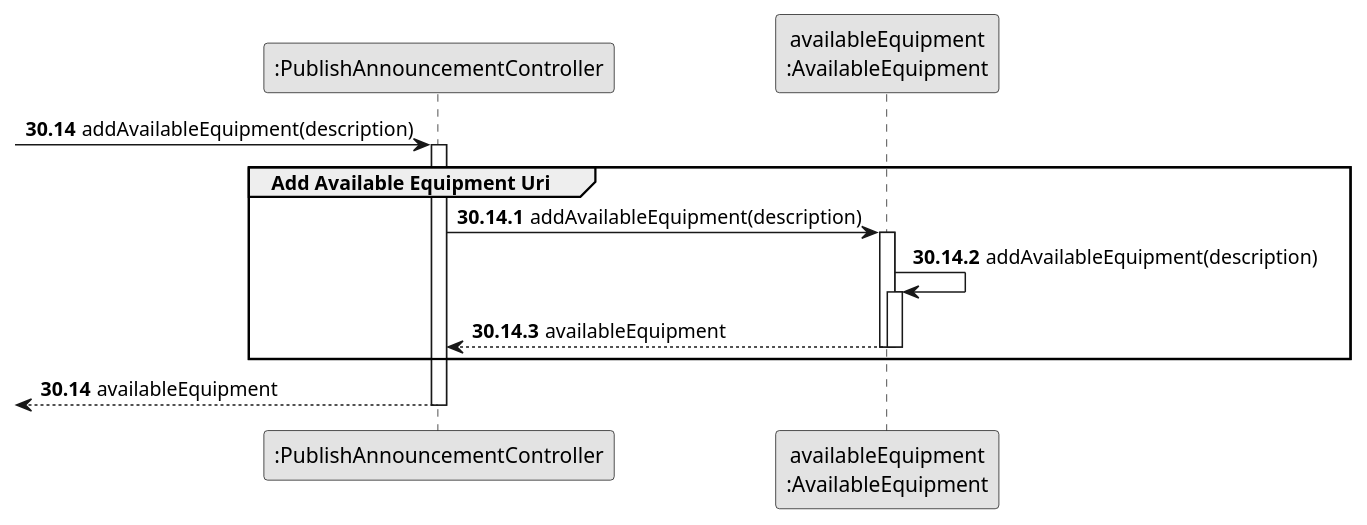
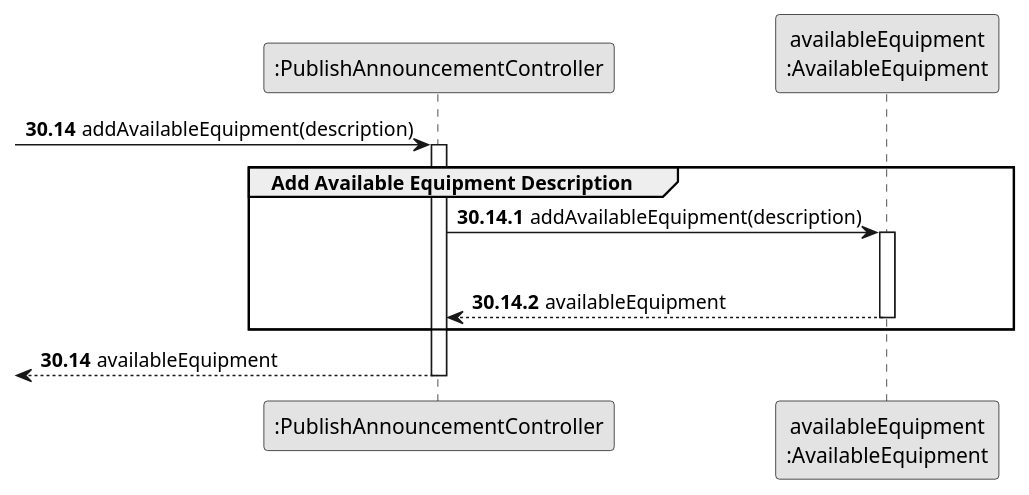
One commit to rita-barbosa/LAPR2-2223 changed the diagram in docs/sprintB/us002/03.design/puml/us002-sequence-diagram-partial-add-available-equipment-description.puml. Above: the diagram before and after it, drawn with PlantUML. The commit also changed 7 other files, not shown here.

Commit message:
Update of sequence diagram [US002][Design]

```diff
--- a/docs/sprintB/us002/03.design/puml/us002-sequence-diagram-partial-add-available-equipment-description.puml
+++ b/docs/sprintB/us002/03.design/puml/us002-sequence-diagram-partial-add-available-equipment-description.puml
@@ -1,37 +1,34 @@
 @startuml
 skinparam monochrome true
 skinparam packageStyle rectangle
 skinparam shadowing false\
 
 
 participant ":PublishAnnouncementController" as CTRL
 participant "availableEquipment\n:AvailableEquipment" as AEQUIP
 
 autonumber 30.14
 
              -> CTRL : addAvailableEquipment(description)
              activate CTRL
 
 autonumber 30.14.1
 
-    group Add Available Equipment Uri
+    group Add Available Equipment Description
 
         CTRL -> AEQUIP : addAvailableEquipment(description)
         activate AEQUIP
-
-        AEQUIP -> AEQUIP : addAvailableEquipment(description)
-        activate AEQUIP
-
+        |||
         AEQUIP --> CTRL : availableEquipment
         deactivate AEQUIP
 
         deactivate AEQUIP
 
     end
 
 autonumber 30.14
 
             <-- CTRL : availableEquipment
             deactivate CTRL
 
 @enduml
```
